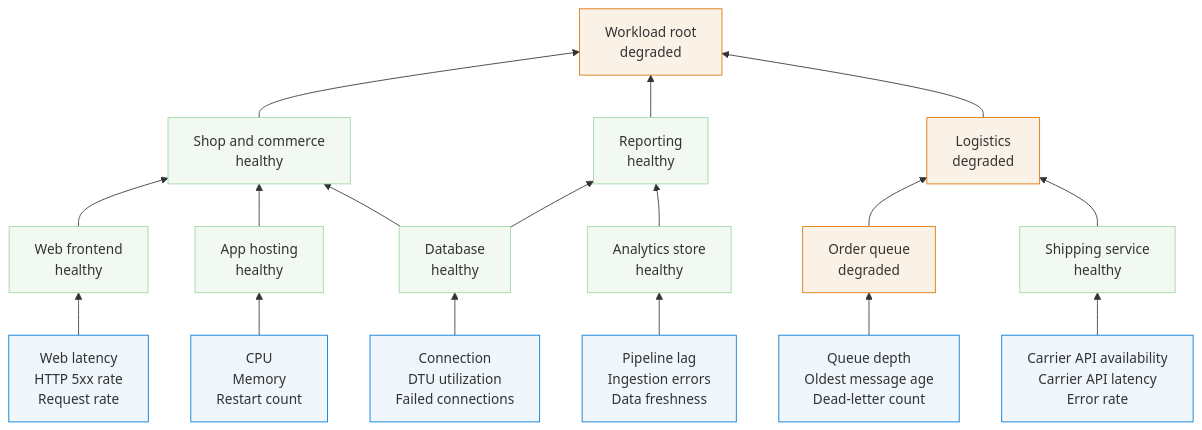
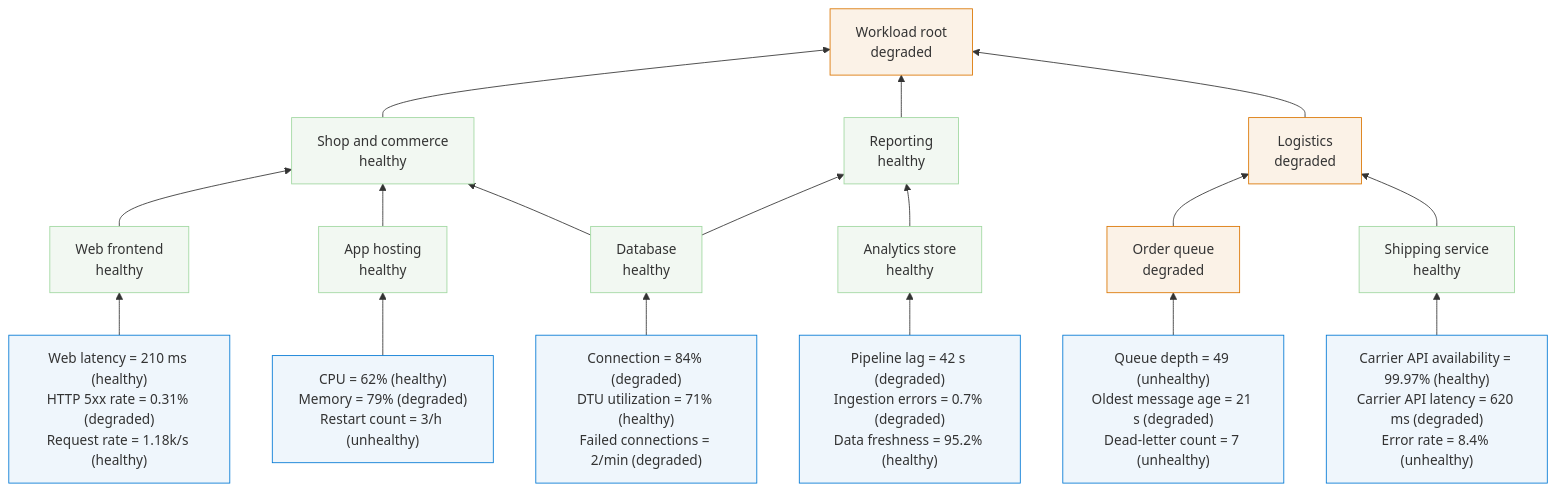
One commit to abossard/ahm-diagrammo changed the diagram in hero.md. Above: the diagram before and after it, drawn with Mermaid. The commit also changed other lines of this file and 272 other files, not shown here.

````diff
--- a/hero.md
+++ b/hero.md
@@ -14,33 +3,27 @@
 ```mermaid
 flowchart BT
-    %% ---- signals (blue), one row set per component ----
-    webSig["Web latency<br/>HTTP 5xx rate<br/>Request rate"] --> web["Web frontend<br/>healthy"]
-    appSig["CPU<br/>Memory<br/>Restart count"] --> app["App hosting<br/>healthy"]
-    dbSig["Connection<br/>DTU utilization<br/>Failed connections"] --> db["Database<br/>healthy"]
-    anaSig["Pipeline lag<br/>Ingestion errors<br/>Data freshness"] --> analytics["Analytics store<br/>healthy"]
-    queueSig["Queue depth<br/>Oldest message age<br/>Dead-letter count"] --> queue["Order queue<br/>degraded"]
-    shipSig["Carrier API availability<br/>Carrier API latency<br/>Error rate"] --> ship["Shipping service<br/>healthy"]
+    webSig["Web latency = 210 ms (healthy)<br/>HTTP 5xx rate = 0.31% (degraded)<br/>Request rate = 1.18k/s (healthy)"] --> web["Web frontend<br/>healthy"]
+    appSig["CPU = 62% (healthy)<br/>Memory = 79% (degraded)<br/>Restart count = 3/h (unhealthy)"] --> app["App hosting<br/>healthy"]
+    dbSig["Connection = 84% (degraded)<br/>DTU utilization = 71% (healthy)<br/>Failed connections = 2/min (degraded)"] --> db["Database<br/>healthy"]
+    anaSig["Pipeline lag = 42 s (degraded)<br/>Ingestion errors = 0.7% (degraded)<br/>Data freshness = 95.2% (healthy)"] --> analytics["Analytics store<br/>healthy"]
+    queueSig["Queue depth = 49 (unhealthy)<br/>Oldest message age = 21 s (degraded)<br/>Dead-letter count = 7 (unhealthy)"] --> queue["Order queue<br/>degraded"]
+    shipSig["Carrier API availability = 99.97% (healthy)<br/>Carrier API latency = 620 ms (degraded)<br/>Error rate = 8.4% (unhealthy)"] --> ship["Shipping service<br/>healthy"]
 
-    %% ---- components -> business flows ----
     web --> shop["Shop and commerce<br/>healthy"]
     app --> shop
     db --> shop
-
     db --> reporting["Reporting<br/>healthy"]
     analytics --> reporting
-
     queue --> logistics["Logistics<br/>degraded"]
     ship --> logistics
-
-    %% ---- flows -> root ----
     shop --> root["Workload root<br/>degraded"]
     reporting --> root
     logistics --> root
 
     classDef blue fill:#eff6fc,stroke:#0078D4;
     classDef green fill:#f2f8f2,stroke:#a0d8a0;
     classDef amber fill:#fbf2e7,stroke:#db7500;
     class webSig,appSig,dbSig,anaSig,queueSig,shipSig blue;
     class web,app,db,analytics,ship,shop,reporting green;
     class queue,logistics,root amber;
 ```
````
